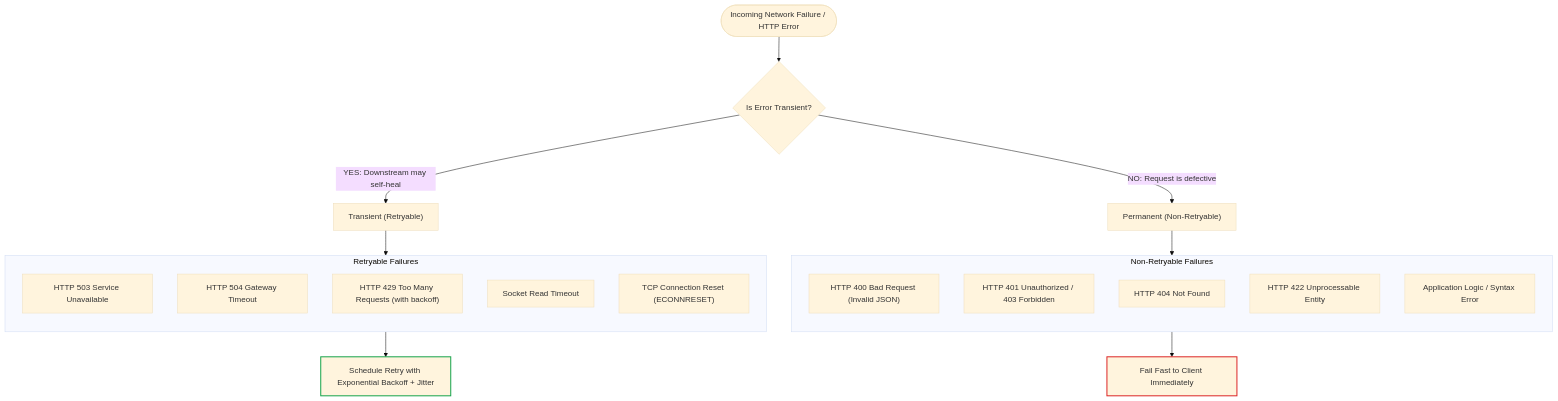
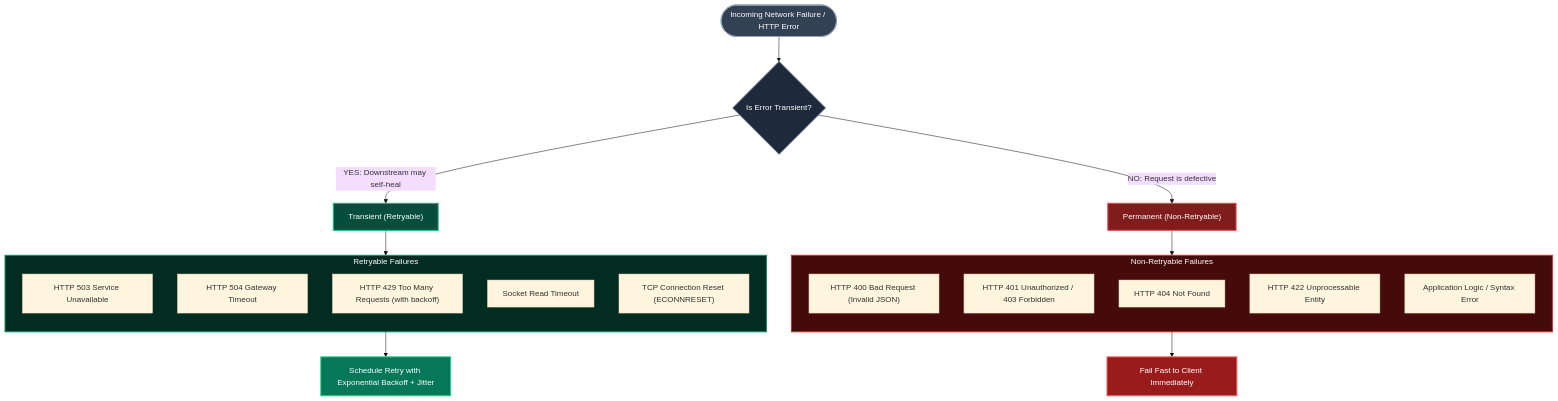
The first of 4 diagrams in docs/milestone-2/02-retries-backoff-jitter.md (yodh4/ubiquitous-parakeet), drawn with Mermaid (base theme) before and after one commit. The commit also changed other lines of this file and 5 other files, not shown here.

Commit message:
Docs: Apply distinctive high-contrast color styling to README and all milestone-2 diagrams

````diff
--- a/docs/milestone-2/02-retries-backoff-jitter.md
+++ b/docs/milestone-2/02-retries-backoff-jitter.md
@@ -13,31 +13,40 @@
 ```mermaid
 flowchart TD
     Err(["Incoming Network Failure / HTTP Error"]) --> Check{"Is Error Transient?"}
 
     Check -->|"YES: Downstream may self-heal"| TransientBranch["Transient (Retryable)"]
     Check -->|"NO: Request is defective"| PermanentBranch["Permanent (Non-Retryable)"]
 
     subgraph TransientExamples ["Retryable Failures"]
         direction TB
         T1["HTTP 503 Service Unavailable"]
         T2["HTTP 504 Gateway Timeout"]
         T3["HTTP 429 Too Many Requests (with backoff)"]
         T4["Socket Read Timeout"]
         T5["TCP Connection Reset (ECONNRESET)"]
     end
 
     subgraph PermanentExamples ["Non-Retryable Failures"]
         direction TB
         P1["HTTP 400 Bad Request (Invalid JSON)"]
         P2["HTTP 401 Unauthorized / 403 Forbidden"]
         P3["HTTP 404 Not Found"]
         P4["HTTP 422 Unprocessable Entity"]
         P5["Application Logic / Syntax Error"]
     end
 
     TransientBranch --> TransientExamples --> ActionRetry["Schedule Retry with Exponential Backoff + Jitter"]
     PermanentBranch --> PermanentExamples --> ActionFail["Fail Fast to Client Immediately"]
 
-    style ActionRetry stroke:#16a34a,stroke-width:2px
-    style ActionFail stroke:#dc2626,stroke-width:2px
+    %% Group and Branch Styling
+    style TransientBranch fill:#064e3b,stroke:#10b981,stroke-width:2px,color:#ffffff
+    style TransientExamples fill:#022c22,stroke:#059669,stroke-width:2px,color:#ffffff
+    style ActionRetry fill:#047857,stroke:#34d399,stroke-width:2px,color:#ffffff
+
+    style PermanentBranch fill:#7f1d1d,stroke:#ef4444,stroke-width:2px,color:#ffffff
+    style PermanentExamples fill:#450a0a,stroke:#dc2626,stroke-width:2px,color:#ffffff
+    style ActionFail fill:#991b1b,stroke:#f87171,stroke-width:2px,color:#ffffff
+
+    style Err fill:#334155,stroke:#94a3b8,stroke-width:2px,color:#ffffff
+    style Check fill:#1e293b,stroke:#64748b,stroke-width:2px,color:#ffffff
 ```
````
